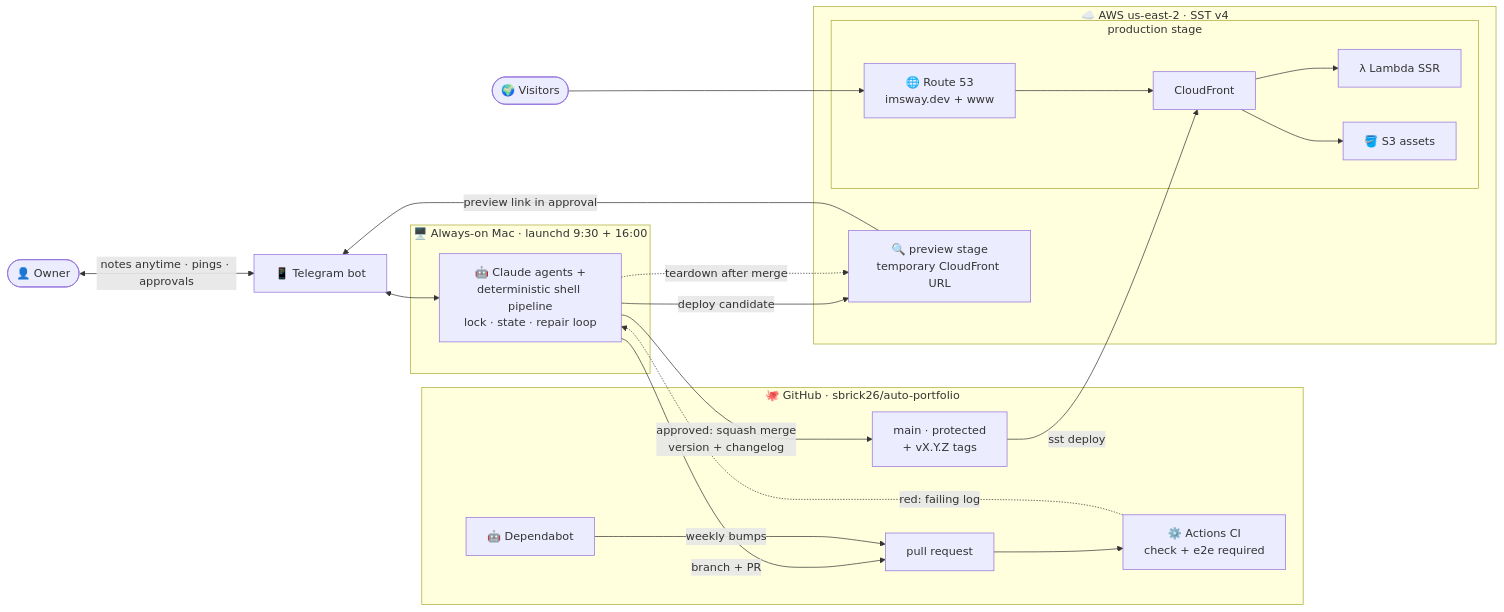
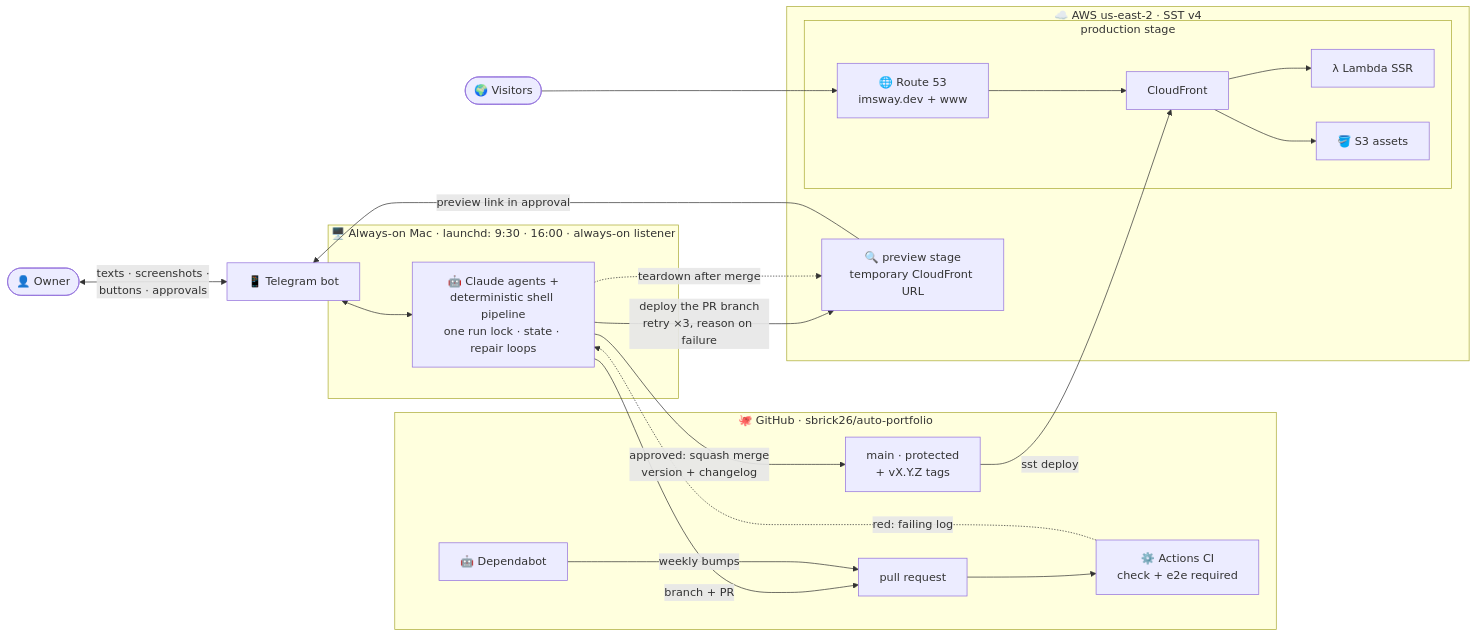
One commit to sbrick26/auto-portfolio changed the first of 3 diagrams in README.md. Above: the diagram before and after it, drawn with Mermaid. The commit also changed other lines of this file, not shown here.

Commit message:
docs: README reflects current pipeline (listener, idea gate, career hub, chat-back gates) (#19)

````diff
--- a/README.md
+++ b/README.md
@@ -18,36 +19,36 @@
 ```mermaid
 flowchart LR
-    O(["👤 Owner"]) <-->|"notes anytime · pings · approvals"| TG["📱 Telegram bot"]
+    O(["👤 Owner"]) <-->|"texts · screenshots ·<br/>buttons · approvals"| TG["📱 Telegram bot"]
     TG <--> AG
 
-    subgraph mac["🖥️ Always-on Mac · launchd 9:30 + 16:00"]
-        AG["🤖 Claude agents +<br/>deterministic shell pipeline<br/>lock · state · repair loop"]
+    subgraph mac["🖥️ Always-on Mac · launchd: 9:30 · 16:00 · always-on listener"]
+        AG["🤖 Claude agents +<br/>deterministic shell pipeline<br/>one run lock · state · repair loops"]
     end
 
     subgraph gh["🐙 GitHub · sbrick26/auto-portfolio"]
         PR["pull request"]
         CI["⚙️ Actions CI<br/>check + e2e required"]
         MAIN["main · protected<br/>+ vX.Y.Z tags"]
         DEP["🤖 Dependabot"]
     end
 
     subgraph aws["☁️ AWS us-east-2 · SST v4"]
         subgraph prod["production stage"]
             R53["🌐 Route 53<br/>imsway.dev + www"] --> CF["CloudFront"]
             CF --> LAM["λ Lambda SSR"]
             CF --> S3["🪣 S3 assets"]
         end
         PREV["🔍 preview stage<br/>temporary CloudFront URL"]
     end
 
     AG -->|"branch + PR"| PR
     DEP -->|"weekly bumps"| PR
     PR --> CI
     CI -.->|"red: failing log"| AG
-    AG -->|"deploy candidate"| PREV
+    AG -->|"deploy the PR branch<br/>retry ×3, reason on failure"| PREV
     PREV -->|"preview link in approval"| TG
     AG -->|"approved: squash merge<br/>version + changelog"| MAIN
     MAIN -->|"sst deploy"| CF
     AG -.->|"teardown after merge"| PREV
     V(["🌍 Visitors"]) --> R53
 ```
````
